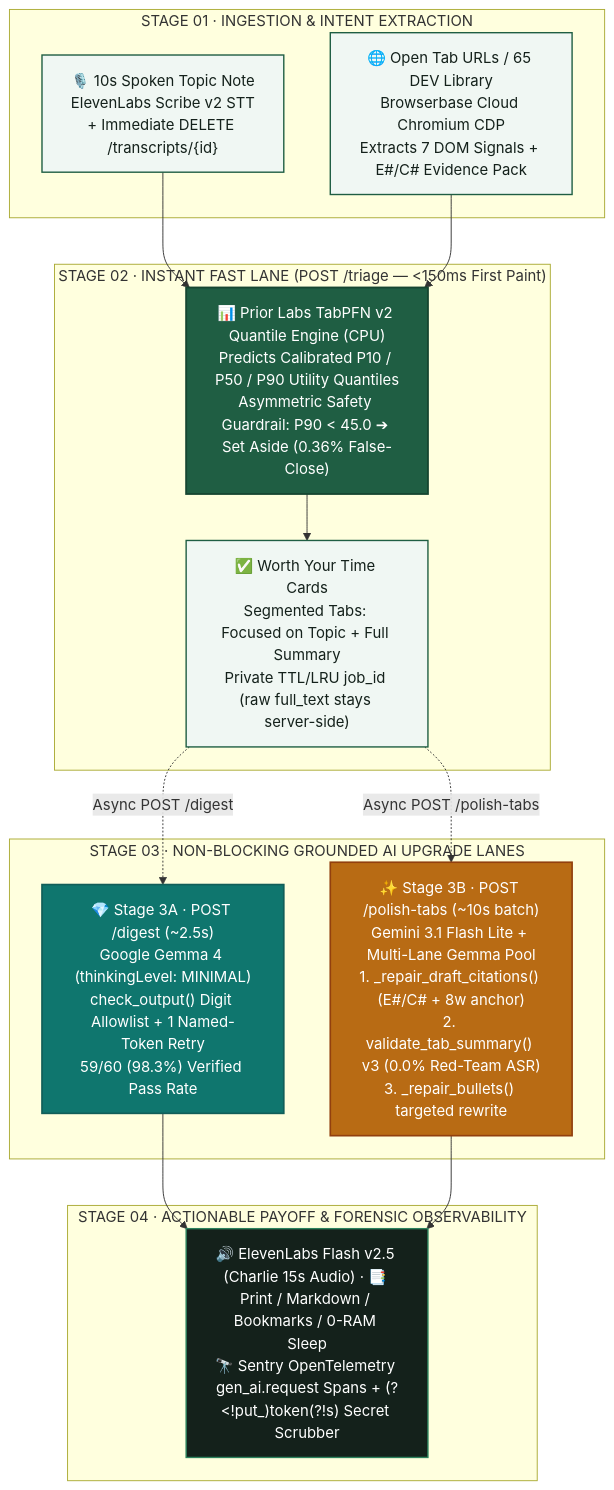
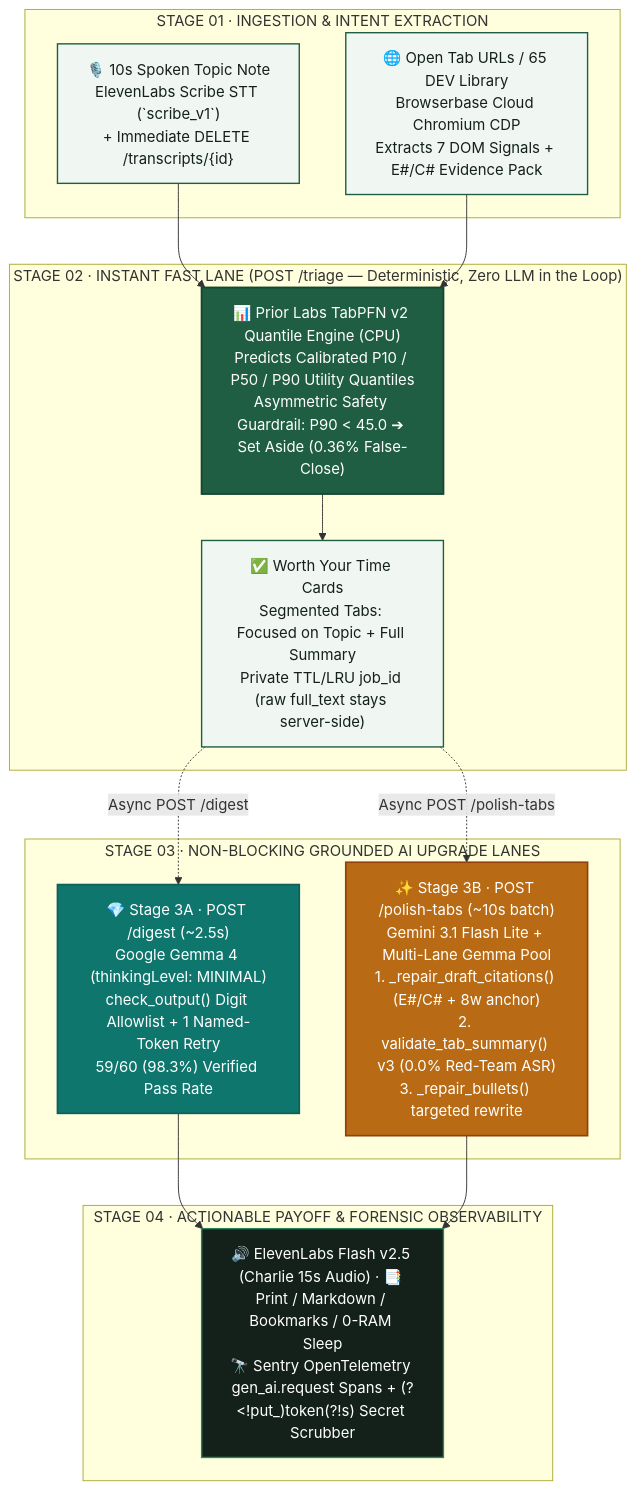
The diagram in README.md (OmarAfifi-CSE/folivora), drawn with Mermaid before and after one commit. The commit also changed other lines of this file, not shown here.

````diff
--- a/README.md
+++ b/README.md
@@ -193,35 +193,35 @@
 ```mermaid
 flowchart TB
     classDef ingest fill:#F0F7F3,stroke:#1F5E43,stroke-width:1.5px,color:#14211B;
     classDef fastlane fill:#1F5E43,stroke:#164631,stroke-width:2px,color:#FFFFFF;
     classDef gemmalane fill:#0F766E,stroke:#115E59,stroke-width:1.8px,color:#FFFFFF;
     classDef polishlane fill:#B86B14,stroke:#92400E,stroke-width:1.8px,color:#FFFFFF;
     classDef payoff fill:#14211B,stroke:#2C825D,stroke-width:1.5px,color:#FFFFFF;
 
     subgraph S1 ["STAGE 01 · INGESTION & INTENT EXTRACTION"]
-        V["🎙️ 10s Spoken Topic Note<br/>ElevenLabs Scribe v2 STT<br/>+ Immediate DELETE /transcripts/{id}"]:::ingest
+        V["🎙️ 10s Spoken Topic Note<br/>ElevenLabs Scribe STT (`scribe_v1`)<br/>+ Immediate DELETE /transcripts/{id}"]:::ingest
         B["🌐 Open Tab URLs / 65 DEV Library<br/>Browserbase Cloud Chromium CDP<br/>Extracts 7 DOM Signals + E#/C# Evidence Pack"]:::ingest
     end
 
-    subgraph S2 ["STAGE 02 · INSTANT FAST LANE (POST /triage — <150ms First Paint)"]
+    subgraph S2 ["STAGE 02 · INSTANT FAST LANE (POST /triage — Deterministic, Zero LLM in the Loop)"]
         T["📊 Prior Labs TabPFN v2 Quantile Engine (CPU)<br/>Predicts Calibrated P10 / P50 / P90 Utility Quantiles<br/>Asymmetric Safety Guardrail: P90 < 45.0 ➔ Set Aside (0.36% False-Close)"]:::fastlane
         K["✅ Worth Your Time Cards<br/>Segmented Tabs: Focused on Topic + Full Summary<br/>Private TTL/LRU job_id (raw full_text stays server-side)"]:::ingest
     end
 
     subgraph S3 ["STAGE 03 · NON-BLOCKING GROUNDED AI UPGRADE LANES"]
         D["💎 Stage 3A · POST /digest (~2.5s)<br/>Google Gemma 4 (thinkingLevel: MINIMAL)<br/>check_output() Digit Allowlist + 1 Named-Token Retry<br/>59/60 (98.3%) Verified Pass Rate"]:::gemmalane
         P["✨ Stage 3B · POST /polish-tabs (~10s batch)<br/>Gemini 3.1 Flash Lite + Multi-Lane Gemma Pool<br/>1. _repair_draft_citations() (E#/C# + 8w anchor)<br/>2. validate_tab_summary() v3 (0.0% Red-Team ASR)<br/>3. _repair_bullets() targeted rewrite"]:::polishlane
     end
 
     subgraph S4 ["STAGE 04 · ACTIONABLE PAYOFF & FORENSIC OBSERVABILITY"]
         O["🔊 ElevenLabs Flash v2.5 (Charlie 15s Audio) · 📑 Print / Markdown / Bookmarks / 0-RAM Sleep<br/>🔭 Sentry OpenTelemetry gen_ai.request Spans + (?&lt;!put_)token(?!s) Secret Scrubber"]:::payoff
     end
 
     V --> T
     B --> T
     T --> K
     K -. "Async POST /digest" .-> D
     K -. "Async POST /polish-tabs" .-> P
     D --> O
     P --> O
 ```
````
